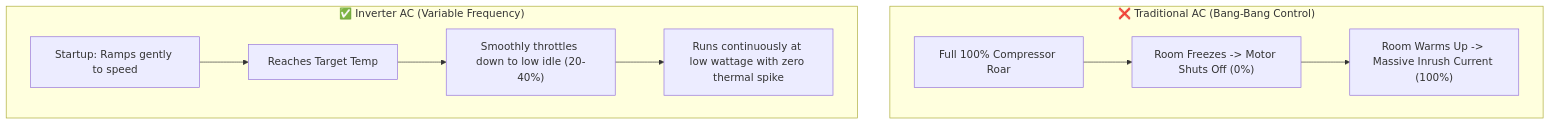
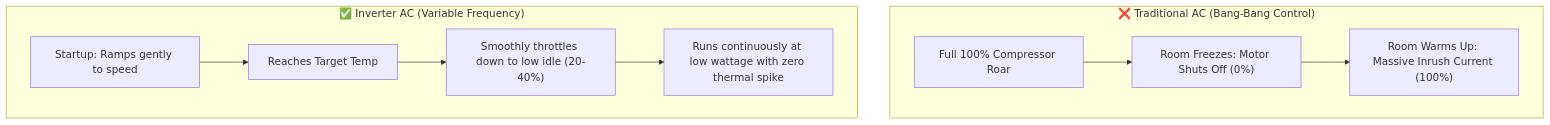
One commit to Sedilix/ELID changed the diagram in examples/inverter-ac.md. Above: the diagram before and after it, drawn with Mermaid. The commit also changed 1 other file, not shown here.

Commit message:
fix(readme): make Mermaid flowchart syntax compatible with GitHub renderer

````diff
--- a/examples/inverter-ac.md
+++ b/examples/inverter-ac.md
@@ -16,13 +16,13 @@
 ```mermaid
 flowchart TD
     subgraph Traditional_AC["❌ Traditional AC (Bang-Bang Control)"]
-        T1["Full 100% Compressor Roar"] --> T2["Room Freezes -> Motor Shuts Off (0%)"]
-        T2 --> T3["Room Warms Up -> Massive Inrush Current (100%)"]
+        T1["Full 100% Compressor Roar"] --> T2["Room Freezes: Motor Shuts Off (0%)"]
+        T2 --> T3["Room Warms Up: Massive Inrush Current (100%)"]
     end
 
     subgraph Inverter_AC["✅ Inverter AC (Variable Frequency)"]
         I1["Startup: Ramps gently to speed"] --> I2["Reaches Target Temp"]
         I2 --> I3["Smoothly throttles down to low idle (20-40%)"]
         I3 --> I4["Runs continuously at low wattage with zero thermal spike"]
     end
 ```
````
